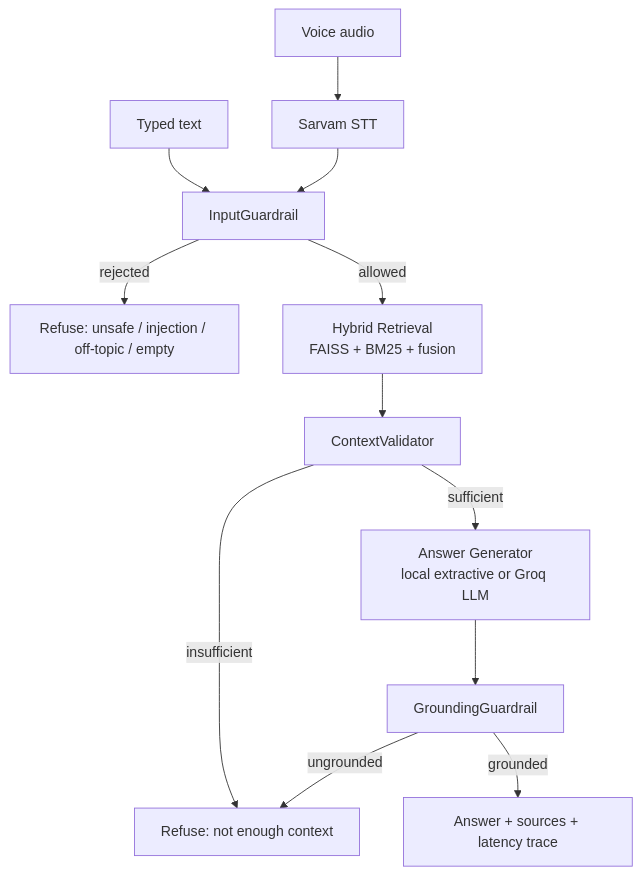
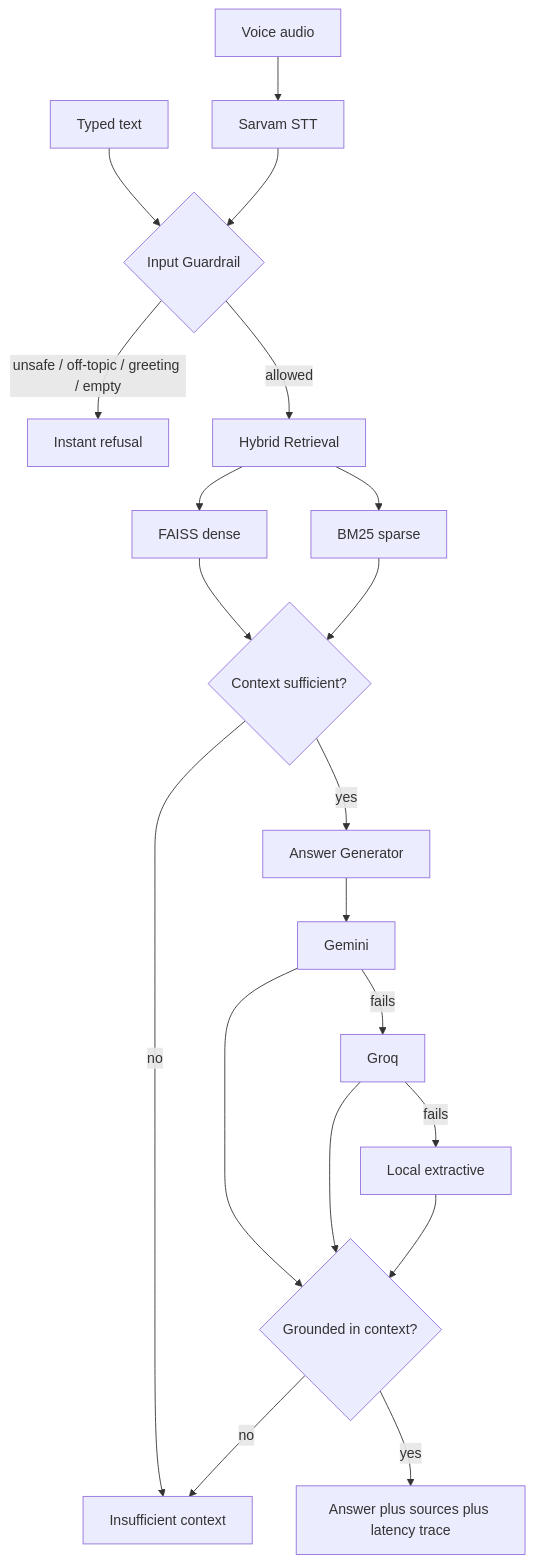
One commit to Saurabhyadav0/hh_rag_project changed the diagram in docs/ARCHITECTURE.md. Above: the diagram before and after it, drawn with Mermaid. The commit also changed other lines of this file and 1 other file, not shown here.

First line of the commit message:
Rewrite ARCHITECTURE.md and FLOW.md: shorter, current, with flowcharts

````diff
--- a/docs/ARCHITECTURE.md
+++ b/docs/ARCHITECTURE.md
@@ -55,14 +14,22 @@
 ```mermaid
 flowchart TD
     A[Voice audio] --> B[Sarvam STT]
     C[Typed text] --> D
-    B --> D[InputGuardrail]
-    D -- rejected --> R1[Refuse: unsafe / injection / off-topic / empty]
-    D -- allowed --> E[Hybrid Retrieval\nFAISS + BM25 + fusion]
-    E --> F[ContextValidator]
-    F -- insufficient --> R2[Refuse: not enough context]
-    F -- sufficient --> G[Answer Generator\nlocal extractive or Groq LLM]
-    G --> H[GroundingGuardrail]
-    H -- ungrounded --> R2
-    H -- grounded --> I[Answer + sources + latency trace]
+    B --> D{Input Guardrail}
+    D -->|unsafe / off-topic / greeting / empty| R1[Instant refusal]
+    D -->|allowed| E[Hybrid Retrieval]
+    E --> E1[FAISS dense]
+    E --> E2[BM25 sparse]
+    E1 --> F{Context sufficient?}
+    E2 --> F
+    F -->|no| R2[Insufficient context]
+    F -->|yes| G[Answer Generator]
+    G --> G1[Gemini]
+    G1 -->|fails| G2[Groq]
+    G2 -->|fails| G3[Local extractive]
+    G1 --> H{Grounded in context?}
+    G2 --> H
+    G3 --> H
+    H -->|no| R2
+    H -->|yes| I[Answer plus sources plus latency trace]
 ```
````
